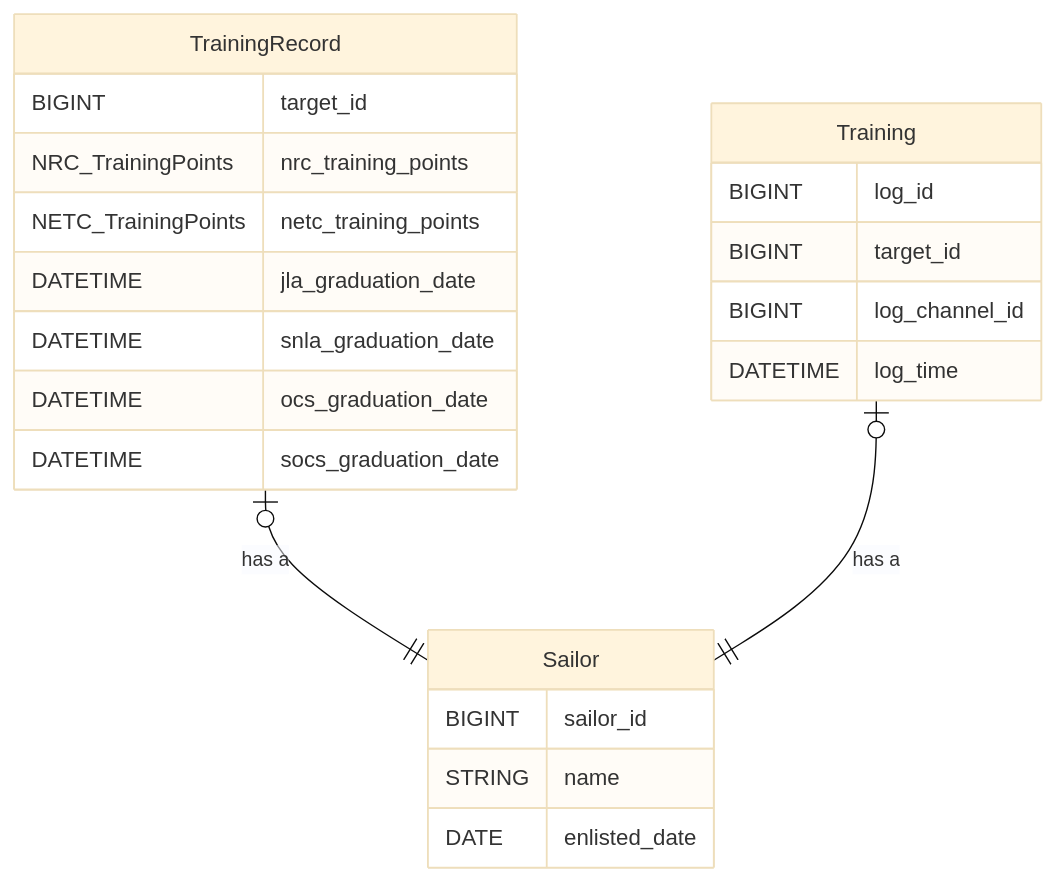
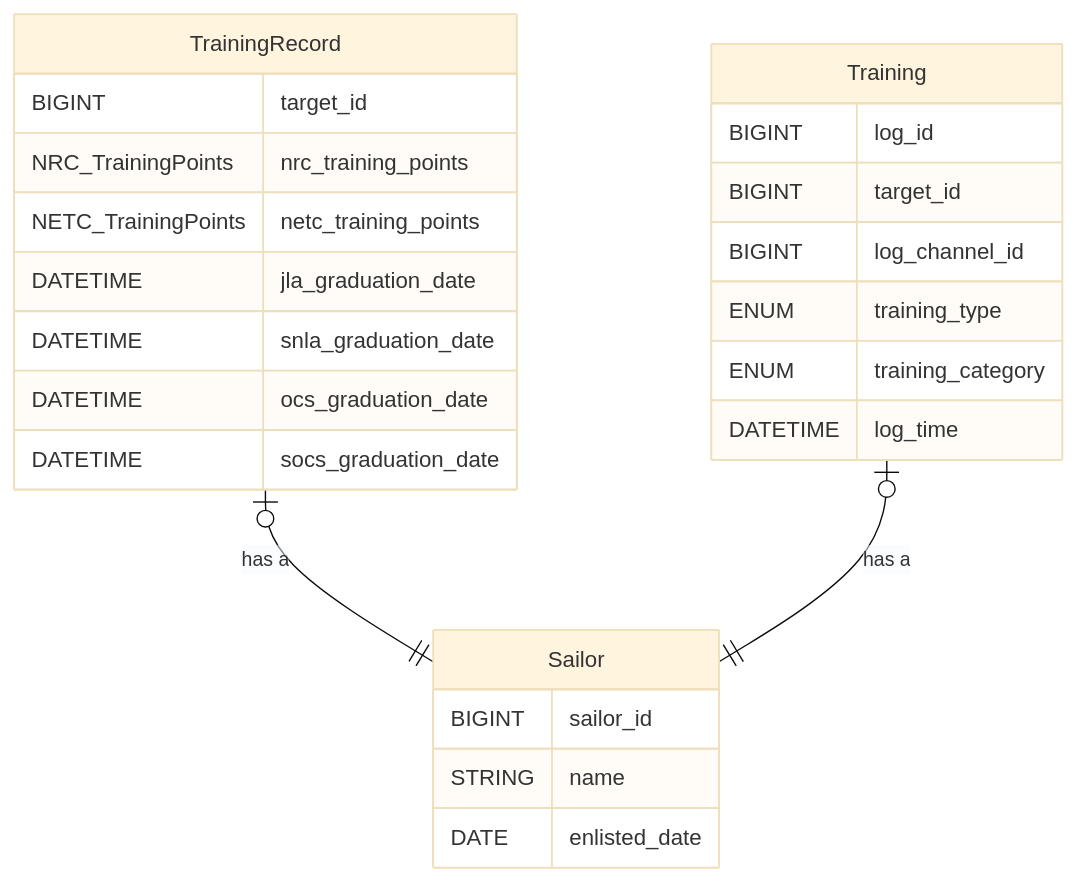
The first of 3 diagrams in docs/training.md (USNofSOT/Paul), drawn with Mermaid (base theme) before and after one commit. The commit also changed other lines of this file and 3 other files, not shown here.

````diff
--- a/docs/training.md
+++ b/docs/training.md
@@ -59,29 +61,30 @@
 ```mermaid
 erDiagram
     TrainingRecord {
         BIGINT target_id
         NRC_TrainingPoints nrc_training_points
         NETC_TrainingPoints netc_training_points
         DATETIME jla_graduation_date
         DATETIME snla_graduation_date
         DATETIME ocs_graduation_date
         DATETIME socs_graduation_date
     }
     
     Training {
         BIGINT log_id
         BIGINT target_id
         BIGINT log_channel_id
+        ENUM training_type
+        ENUM training_category
         DATETIME log_time
     }
-    
 
     Sailor {
         BIGINT sailor_id
         STRING name
         DATE enlisted_date
     }
     
     TrainingRecord o|--|| Sailor : "has a"
     Training o|--|| Sailor : "has a"
 ```
````
